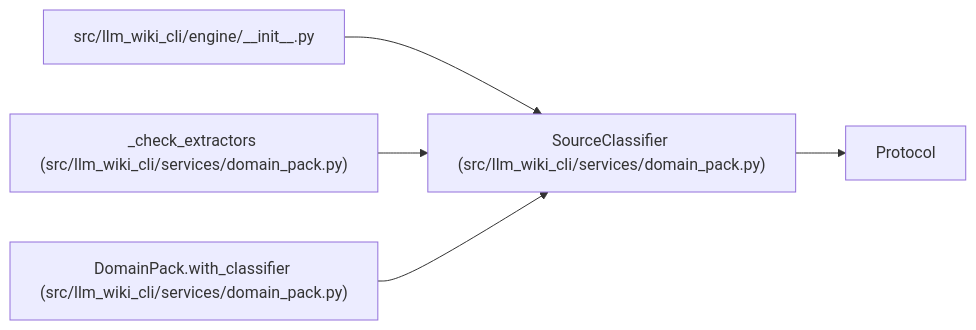
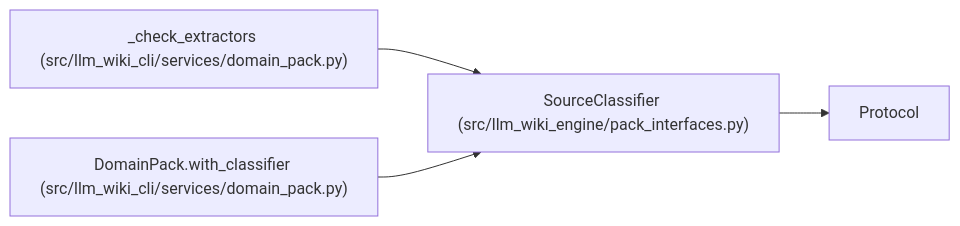
Before and after one commit to Denissvgn/python-wiki-llm: the diagram in docs/llm_wiki/entities/SourceClassifier.md, drawn with Mermaid. The commit also changed other lines of this file and 585 other files, not shown here.

Commit message:
docs: refresh the wiki for per-engine integrations

````diff
--- a/docs/llm_wiki/entities/SourceClassifier.md
+++ b/docs/llm_wiki/entities/SourceClassifier.md
@@ -29,16 +29,13 @@
 ```mermaid
 flowchart LR
-    n0["SourceClassifier (src/llm_wiki_cli/services/domain_pack.py)"]
+    n0["SourceClassifier (src/llm_wiki_engine/pack_interfaces.py)"]
     n1["Protocol"]
-    n2["src/llm_wiki_cli/engine/__init__.py"]
-    n3["_check_extractors (src/llm_wiki_cli/services/domain_pack.py)"]
-    n4["DomainPack.with_classifier (src/llm_wiki_cli/services/domain_pack.py)"]
+    n2["_check_extractors (src/llm_wiki_cli/services/domain_pack.py)"]
+    n3["DomainPack.with_classifier (src/llm_wiki_cli/services/domain_pack.py)"]
     n0 --> n1
     n2 --> n0
     n3 --> n0
-    n4 --> n0
-    click n0 "../modules/domain_pack.md"
-    click n2 "../modules/engine___init__.md"
+    click n0 "../modules/pack_interfaces.md"
+    click n2 "../modules/domain_pack.md"
     click n3 "../modules/domain_pack.md"
-    click n4 "../modules/domain_pack.md"
 ```
````
